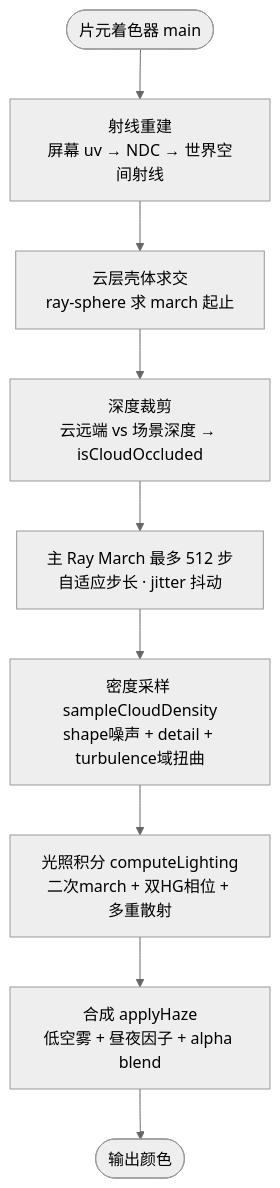
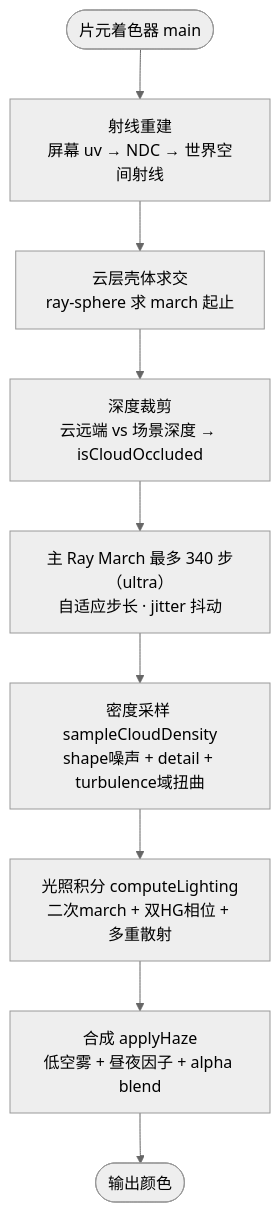
Before and after one commit to NEGIAO/WebGIS-Dev: the second of 3 diagrams in Docs/Architecture/cesium-3d-effects.md, drawn with Mermaid (neutral theme). The commit also changed other lines of this file and 52 other files, not shown here.

````diff
--- a/Docs/Architecture/cesium-3d-effects.md
+++ b/Docs/Architecture/cesium-3d-effects.md
@@ -106,11 +107,11 @@
 ```mermaid
 flowchart TD
     START(["片元着色器 main"]) --> RAY["射线重建<br/>屏幕 uv → NDC → 世界空间射线"]
     RAY --> INTERSECT["云层壳体求交<br/>ray-sphere 求 march 起止"]
     INTERSECT --> DEPTH["深度裁剪<br/>云远端 vs 场景深度 → isCloudOccluded"]
-    DEPTH --> MARCH["主 Ray March 最多 512 步<br/>自适应步长 · jitter 抖动"]
+    DEPTH --> MARCH["主 Ray March 最多 340 步（ultra）<br/>自适应步长 · jitter 抖动"]
     MARCH --> DENSITY["密度采样 sampleCloudDensity<br/>shape噪声 + detail + turbulence域扭曲"]
     DENSITY --> LIGHT["光照积分 computeLighting<br/>二次march + 双HG相位 + 多重散射"]
     LIGHT --> COMP["合成 applyHaze<br/>低空雾 + 昼夜因子 + alpha blend"]
     COMP --> OUT(["输出颜色"])
 ```
````
